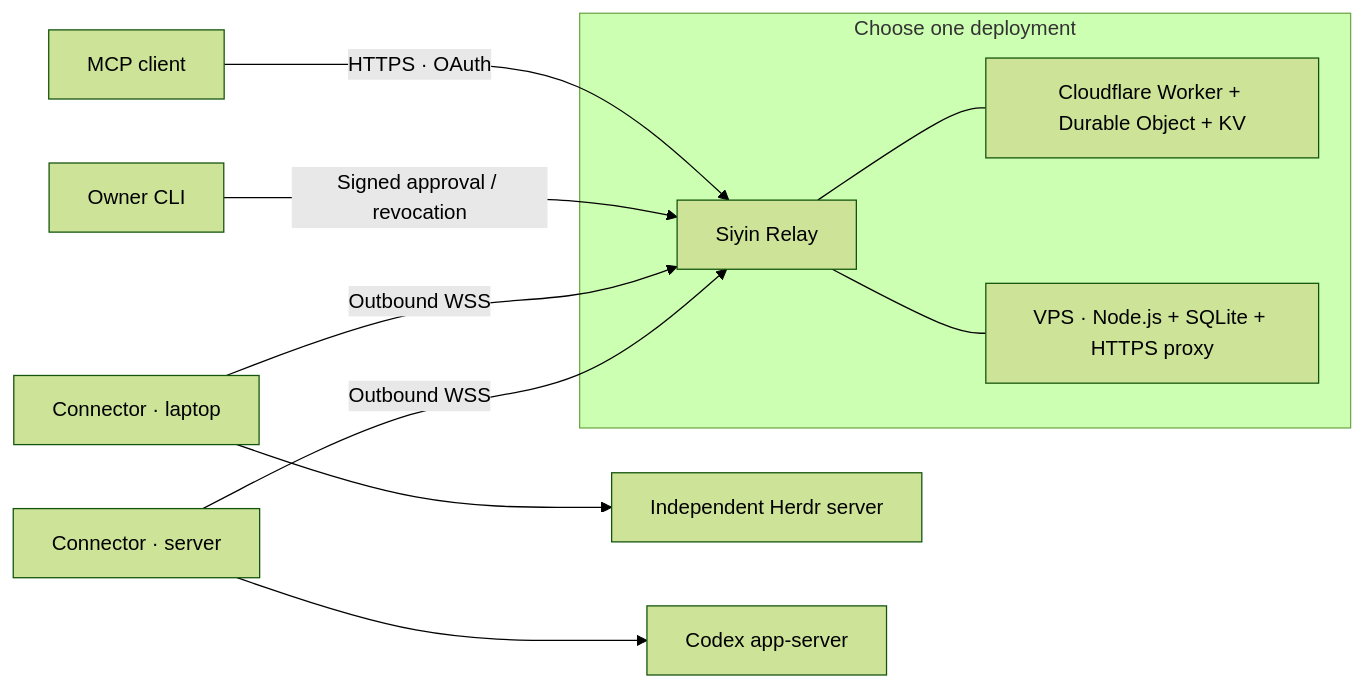
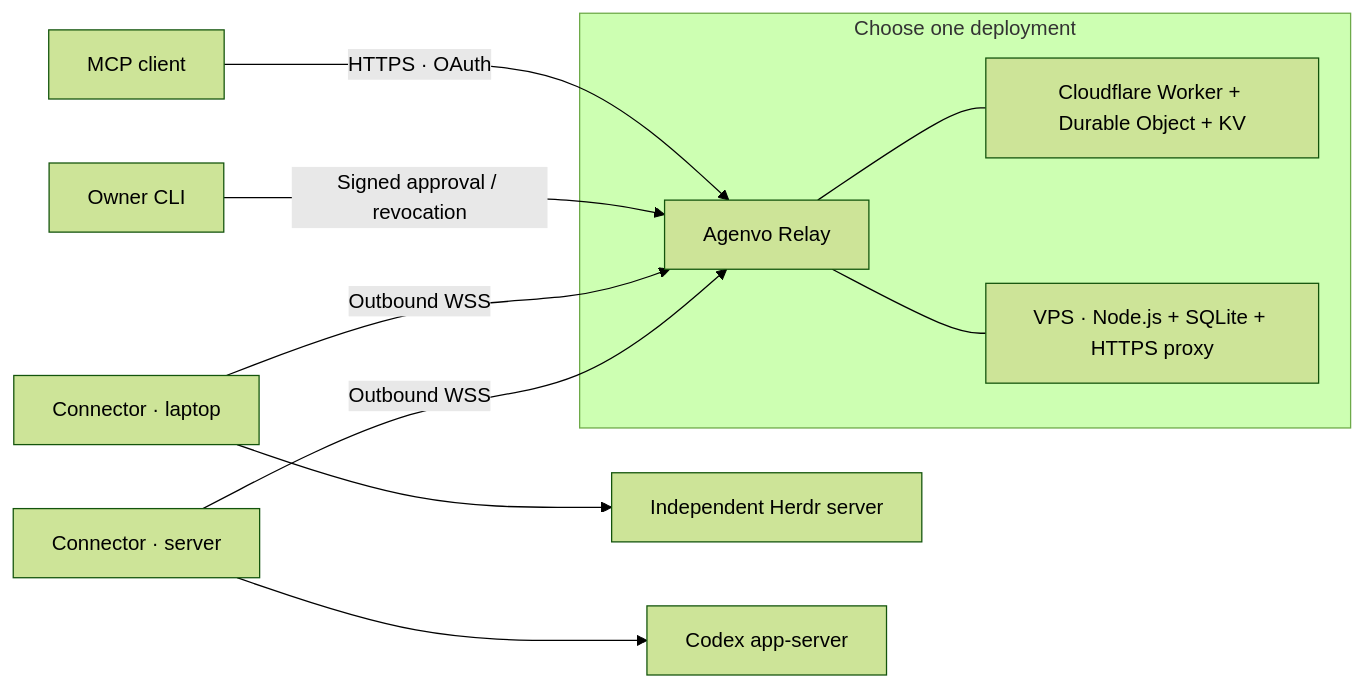
The diagram in README.md (AkaraChen/agenvo), drawn with Mermaid (forest theme) before and after one commit. The commit also changed other lines of this file and 51 other files, not shown here.

Commit message:
refactor: rename Siyin to Agenvo while preserving deployment identities

````diff
--- a/README.md
+++ b/README.md
@@ -9,13 +9,13 @@
 ```mermaid
 flowchart LR
-    C["MCP client"] -->|"HTTPS · OAuth"| R["Siyin Relay"]
+    C["MCP client"] -->|"HTTPS · OAuth"| R["Agenvo Relay"]
     O["Owner CLI"] -->|"Signed approval / revocation"| R
     subgraph Deployment["Choose one deployment"]
       R --- CF["Cloudflare Worker + Durable Object + KV"]
       R --- VPS["VPS · Node.js + SQLite + HTTPS proxy"]
     end
     A["Connector · laptop"] -->|"Outbound WSS"| R
     B["Connector · server"] -->|"Outbound WSS"| R
     A --> H["Independent Herdr server"]
     B --> X["Codex app-server"]
 ```
````
